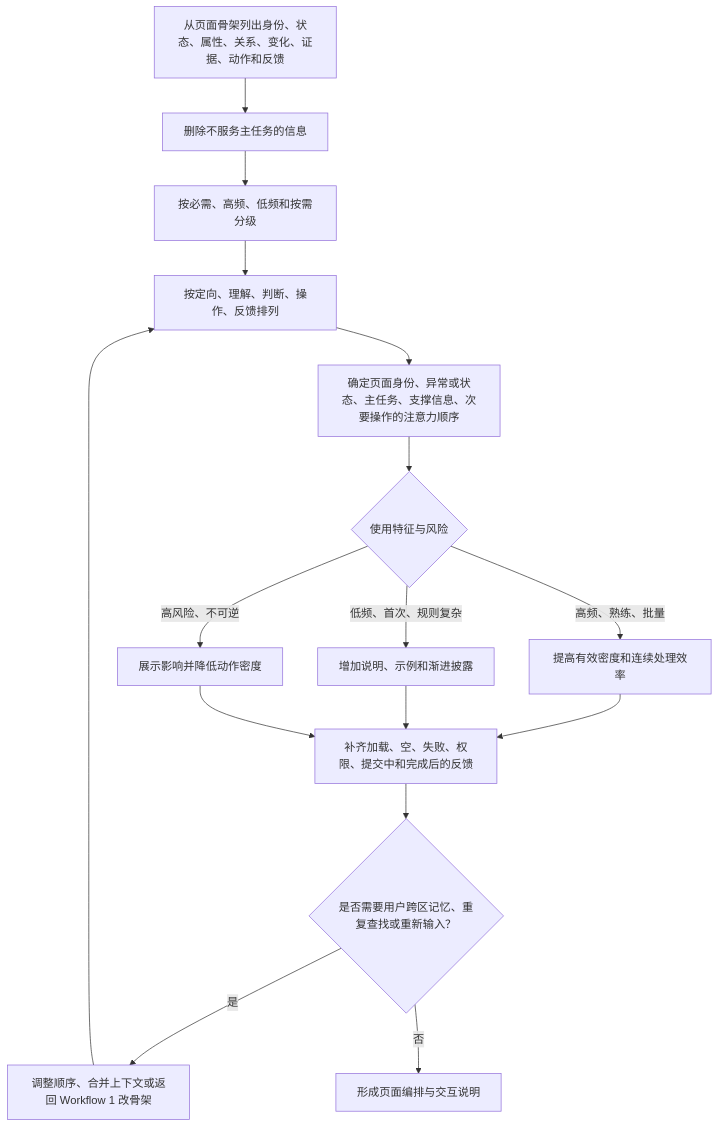
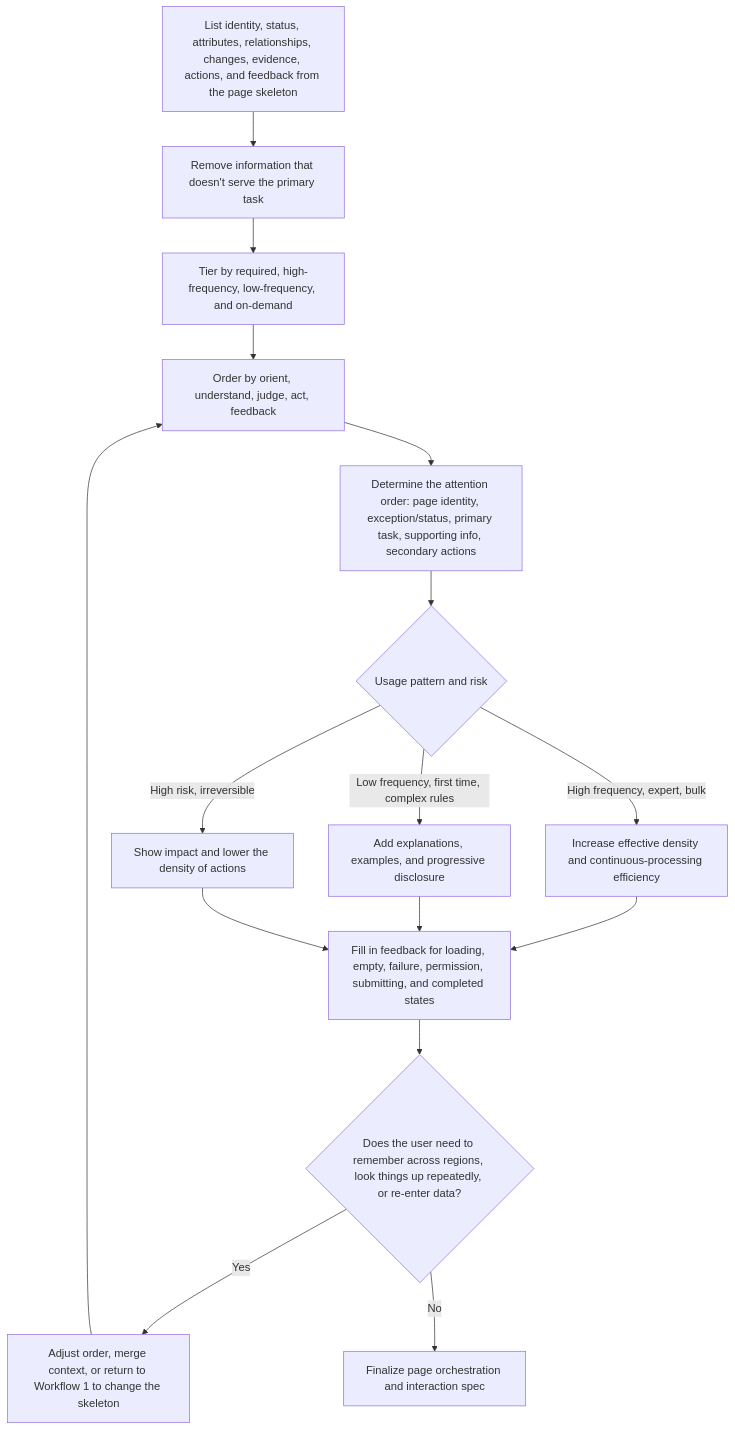
Before and after one commit to alswl/guides: the third of 4 diagrams in fe-page-guide-antd.md, drawn with Mermaid. The commit also changed other lines of this file and 58 other files, not shown here.

First line of the commit message:
docs: rebrand page guide as information-dense, translate to English, add runnable demo

````diff
--- a/fe-page-guide-antd.md
+++ b/fe-page-guide-antd.md
@@ -221,18 +235,18 @@
 ```mermaid
 flowchart TD
-    A[从页面骨架列出身份、状态、属性、关系、变化、证据、动作和反馈] --> B[删除不服务主任务的信息]
-    B --> C[按必需、高频、低频和按需分级]
-    C --> D[按定向、理解、判断、操作、反馈排列]
-    D --> E[确定页面身份、异常或状态、主任务、支撑信息、次要操作的注意力顺序]
-    E --> F{使用特征与风险}
-    F -->|高频、熟练、批量| F1[提高有效密度和连续处理效率]
-    F -->|低频、首次、规则复杂| F2[增加说明、示例和渐进披露]
-    F -->|高风险、不可逆| F3[展示影响并降低动作密度]
-    F1 --> G[补齐加载、空、失败、权限、提交中和完成后的反馈]
+    A[List identity, status, attributes, relationships, changes, evidence, actions, and feedback from the page skeleton] --> B[Remove information that doesn't serve the primary task]
+    B --> C[Tier by required, high-frequency, low-frequency, and on-demand]
+    C --> D[Order by orient, understand, judge, act, feedback]
+    D --> E[Determine the attention order: page identity, exception/status, primary task, supporting info, secondary actions]
+    E --> F{Usage pattern and risk}
+    F -->|High frequency, expert, bulk| F1[Increase effective density and continuous-processing efficiency]
+    F -->|Low frequency, first time, complex rules| F2[Add explanations, examples, and progressive disclosure]
+    F -->|High risk, irreversible| F3[Show impact and lower the density of actions]
+    F1 --> G[Fill in feedback for loading, empty, failure, permission, submitting, and completed states]
     F2 --> G
     F3 --> G
-    G --> H{是否需要用户跨区记忆、重复查找或重新输入？}
-    H -->|是| H1[调整顺序、合并上下文或返回 Workflow 1 改骨架]
-    H -->|否| I[形成页面编排与交互说明]
+    G --> H{Does the user need to remember across regions, look things up repeatedly, or re-enter data?}
+    H -->|Yes| H1[Adjust order, merge context, or return to Workflow 1 to change the skeleton]
+    H -->|No| I[Finalize page orchestration and interaction spec]
     H1 --> D
 ```
````
